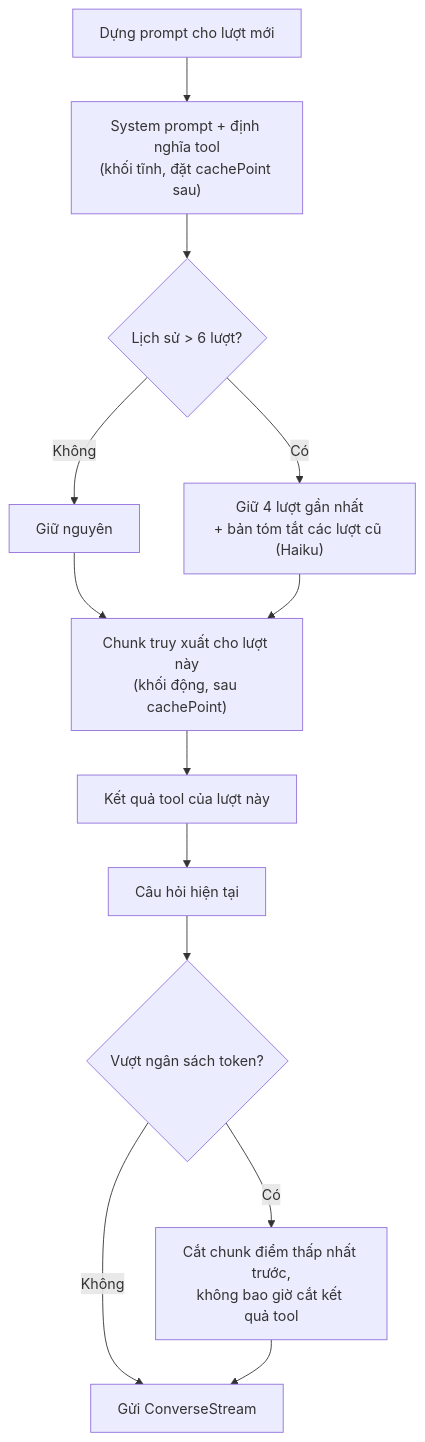
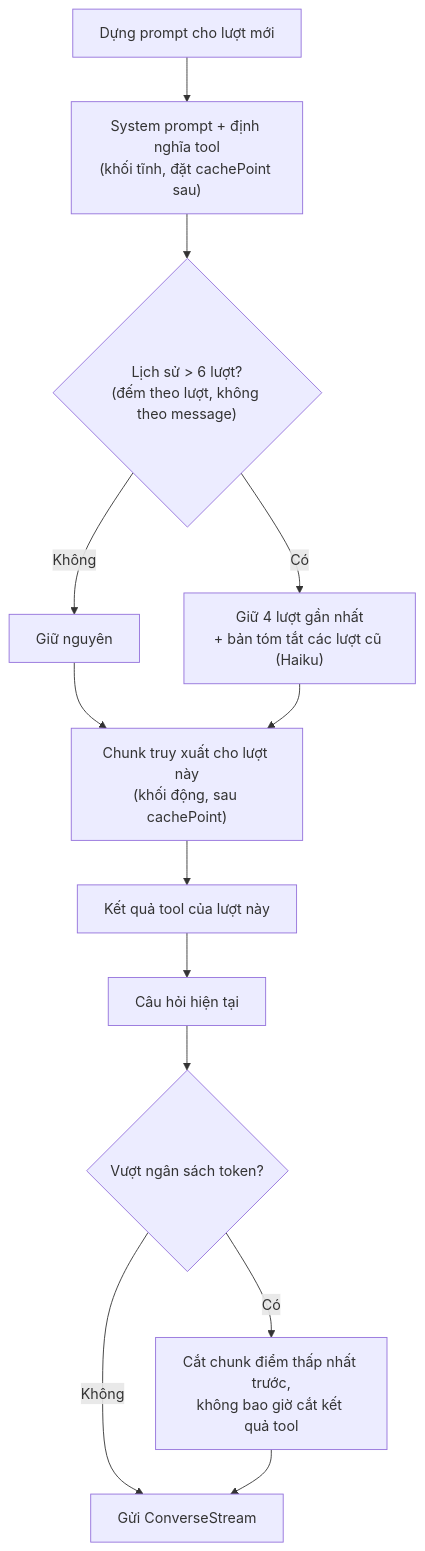
The sixth of 6 diagrams in 02-assistant-service.md (vdloc/vfstructures-ai-solution), drawn with Mermaid before and after one commit. The commit also changed other lines of this file and 26 other files, not shown here.

Commit message:
Update v1.1 architecture docs and add guidelines, specs, presentation material

````diff
--- a/02-assistant-service.md
+++ b/02-assistant-service.md
@@ -256,15 +294,15 @@
 ```mermaid
 flowchart TD
   START["Dựng prompt cho lượt mới"] --> SYS["System prompt + định nghĩa tool<br/>(khối tĩnh, đặt cachePoint sau)"]
-  SYS --> HISTQ{"Lịch sử > 6 lượt?"}
+  SYS --> HISTQ{"Lịch sử > 6 lượt?<br/>(đếm theo lượt, không theo message)"}
   HISTQ -->|"Không"| KEEP["Giữ nguyên"]
   HISTQ -->|"Có"| SUM["Giữ 4 lượt gần nhất<br/>+ bản tóm tắt các lượt cũ (Haiku)"]
   KEEP --> CTX
   SUM --> CTX
   CTX["Chunk truy xuất cho lượt này<br/>(khối động, sau cachePoint)"] --> TOOLRES["Kết quả tool của lượt này"]
   TOOLRES --> Q["Câu hỏi hiện tại"]
   Q --> CAP{"Vượt ngân sách token?"}
   CAP -->|"Có"| TRIM["Cắt chunk điểm thấp nhất trước,<br/>không bao giờ cắt kết quả tool"]
   CAP -->|"Không"| SEND["Gửi ConverseStream"]
   TRIM --> SEND
 ```
````
